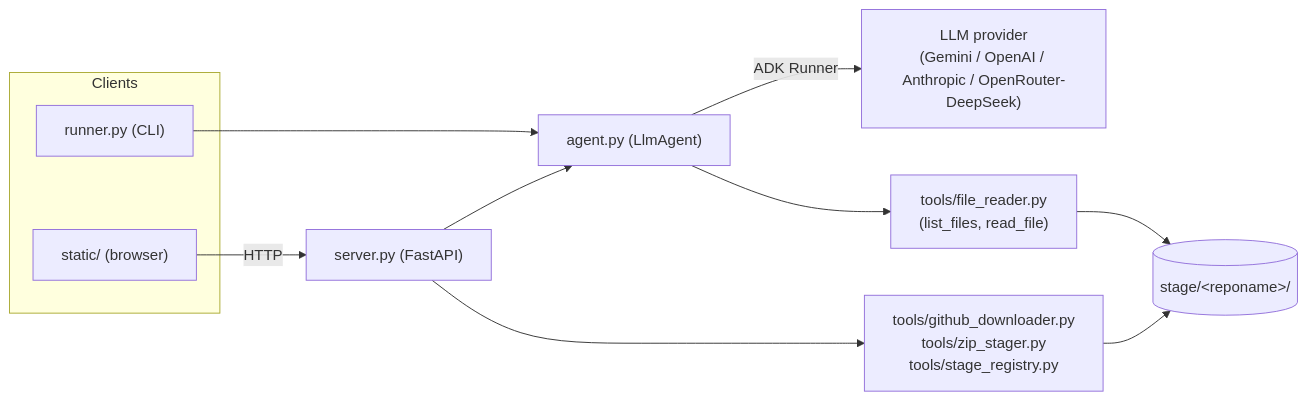
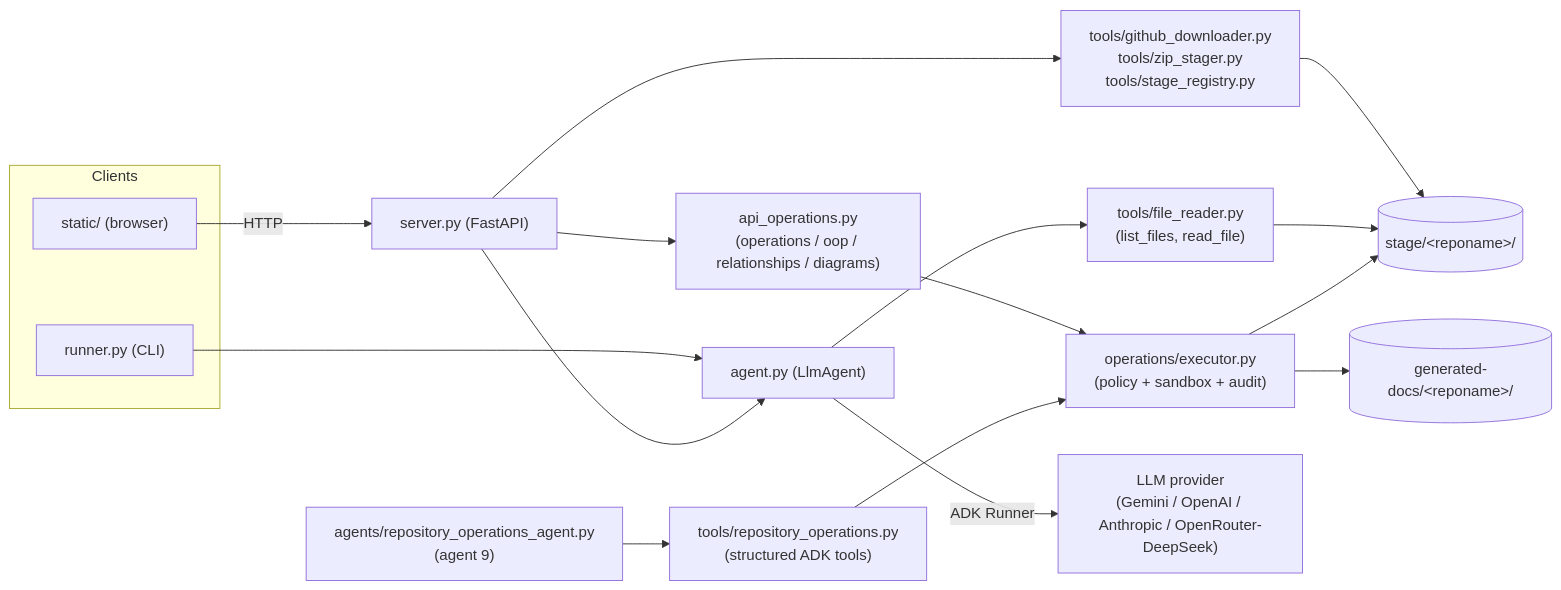
Before and after one commit to sakibcoolz/zdocs-ai: the first of 4 diagrams in docs/ARCHITECTURE.md, drawn with Mermaid. The commit also changed other lines of this file and 96 other files, not shown here.

````diff
--- a/docs/ARCHITECTURE.md
+++ b/docs/ARCHITECTURE.md
@@ -18,19 +18,26 @@
 ```mermaid
 flowchart LR
     subgraph Clients
         CLI["runner.py (CLI)"]
         WEB["static/ (browser)"]
     end
 
     WEB -- HTTP --> API["server.py (FastAPI)"]
     CLI --> AGENT
 
     API --> STAGE_TOOLS["tools/github_downloader.py\ntools/zip_stager.py\ntools/stage_registry.py"]
     STAGE_TOOLS --> DISK[("stage/&lt;reponame&gt;/")]
 
     API --> AGENT["agent.py (LlmAgent)"]
     AGENT --> FR["tools/file_reader.py\n(list_files, read_file)"]
     FR --> DISK
 
+    API --> OPS["api_operations.py\n(operations / oop / relationships / diagrams)"]
+    OPS --> EXEC["operations/executor.py\n(policy + sandbox + audit)"]
+    AGENT9["agents/repository_operations_agent.py\n(agent 9)"] --> ROT["tools/repository_operations.py\n(structured ADK tools)"]
+    ROT --> EXEC
+    EXEC --> DISK
+    EXEC --> GDOCS[("generated-docs/&lt;reponame&gt;/")]
+
     AGENT -- ADK Runner --> LLM["LLM provider\n(Gemini / OpenAI / Anthropic / OpenRouter-DeepSeek)"]
 ```
````
